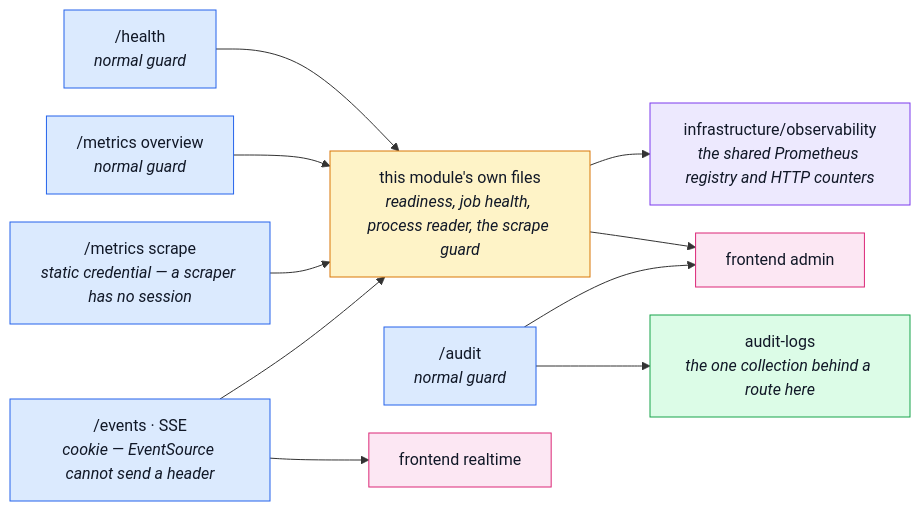
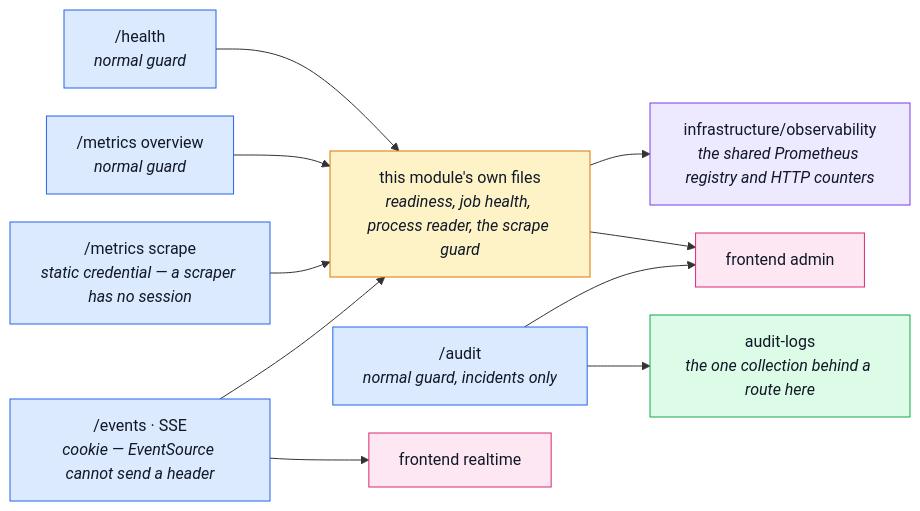
Before and after one commit to Guebbit/boilerplate-node-backend: the second of 2 diagrams in docs/modules/observability.md, drawn with Mermaid. The commit also changed 14 other files, not shown here.

````diff
--- a/docs/modules/observability.md
+++ b/docs/modules/observability.md
@@ -70,24 +70,24 @@
 ```mermaid
 %%{init: {'flowchart': {'nodeSpacing': 28, 'rankSpacing': 60}}}%%
 flowchart LR
     H["/health<br/><i>normal guard</i>"] --> K["this module's own files<br/><i>readiness, job health, process reader, the scrape guard</i>"]
     MO["/metrics overview<br/><i>normal guard</i>"] --> K
     SC["/metrics scrape<br/><i>static credential — a scraper has no session</i>"] --> K
     EV["/events · SSE<br/><i>cookie — EventSource cannot send a header</i>"] --> K
     K --> R["infrastructure/observability<br/><i>the shared Prometheus registry and HTTP counters</i>"]
-    AU["/audit<br/><i>normal guard</i>"] --> AL["audit-logs<br/><i>the one collection behind a route here</i>"]
+    AU["/audit<br/><i>normal guard, incidents only</i>"] --> AL["audit-logs<br/><i>the one collection behind a route here</i>"]
     K --> AD["frontend admin"]
     AU --> AD
     EV --> RT["frontend realtime"]
 
     classDef route fill:#dbeafe,stroke:#2563eb,color:#111827;
     classDef own fill:#fef3c7,stroke:#d97706,color:#111827;
     classDef infra fill:#ede9fe,stroke:#7c3aed,color:#111827;
     classDef peer fill:#dcfce7,stroke:#16a34a,color:#111827;
     classDef ui fill:#fce7f3,stroke:#db2777,color:#111827;
     class H,MO,SC,EV,AU route;
     class K own;
     class R infra;
     class AL peer;
     class AD,RT ui;
 ```
````
